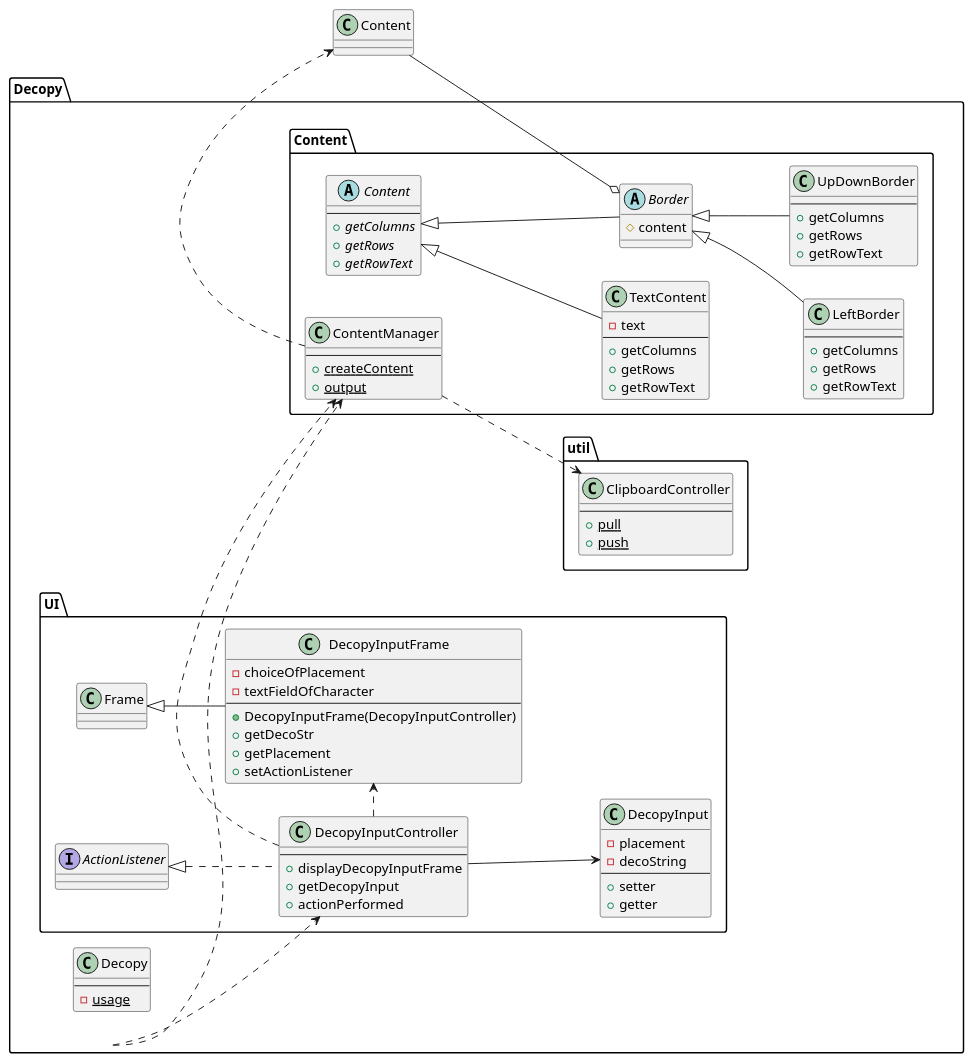
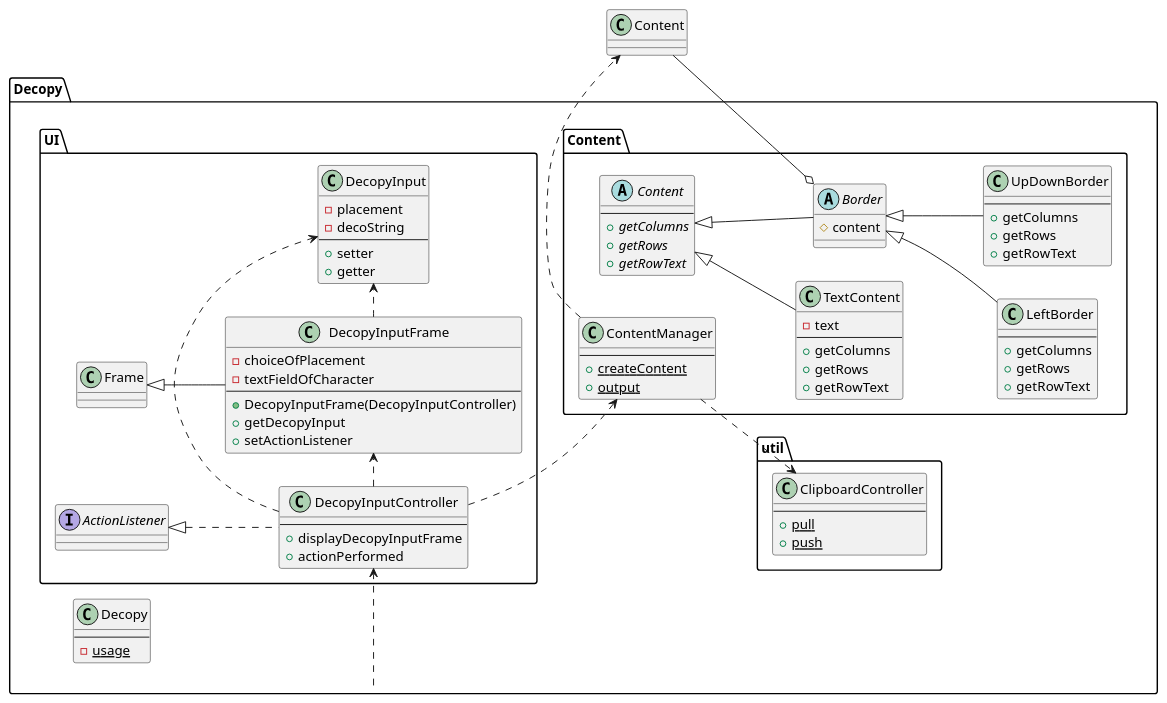
Before and after one commit to ryokow/Decopy: the diagram in design/class.pu, drawn with PlantUML. The commit also changed 6 other files, not shown here.

Commit message:
DecopyInputController added.

```diff
--- a/design/class.pu
+++ b/design/class.pu
@@ -1,104 +1,101 @@
 @startuml Decopy
 
 ' クラス定義
 package Decopy{
     Package Content {
         class ContentManager {
             --
             + {static} createContent
             + {static} output
         }
         ' Decoratorパターン ここから ---
         abstract class Content {
             --
             + {abstract} getColumns
             + {abstract} getRows
             + {abstract} getRowText
         }
 
         class TextContent extends Content {
             - text
             --
             + getColumns
             + getRows
             + getRowText
         }
 
         abstract class Border extends Content {
             # content
         }
 
         class LeftBorder extends Border {
             --
             + getColumns
             + getRows
             + getRowText
         }
 
         class UpDownBorder extends Border {
             --
             + getColumns
             + getRows
             + getRowText
         }
         ' Decoratorパターン ここまで---
     }
 
     package UI {
         class DecopyInputController implements ActionListener{
-            ' - decopyInput
             --
             + displayDecopyInputFrame
-            + getDecopyInput
             + actionPerformed
         }
 
         class DecopyInputFrame extends Frame{
             - choiceOfPlacement
             - textFieldOfCharacter
             --
             + DecopyInputFrame(DecopyInputController)
-            + getDecoStr
-            + getPlacement
+            + getDecopyInput
             + setActionListener
         }
 
         class DecopyInput{
         - placement
         - decoString
         --
         + setter
         + getter
         }
     }
 
     package util {
         class ClipboardController {
         --
         + {static} pull
         + {static} push
         }
     }
 
     class Decopy {
         --
         ' - {static} isPlacement
         ' - {static} createContet
         ' - {static} output
         - {static} usage
     }
 }
 
 ' クラス間の関係
 left to right direction
+Decopy .> DecopyInputController
 Content --o Border 
-Decopy ..> ContentManager
 ContentManager ..> ClipboardController
-DecopyInputController .> ContentManager
+DecopyInputController ..> ContentManager
 ContentManager .> Content
-Decopy .> DecopyInputController
 DecopyInputController .> DecopyInputFrame
-DecopyInputController --> DecopyInput
+DecopyInputController .> DecopyInput
+DecopyInputFrame .> DecopyInput
 
 
 @enduml
```
